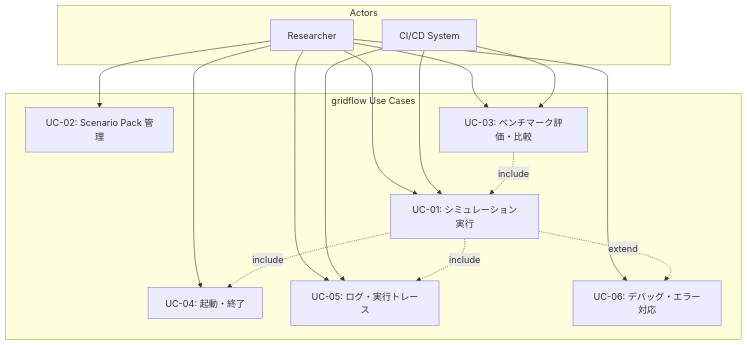
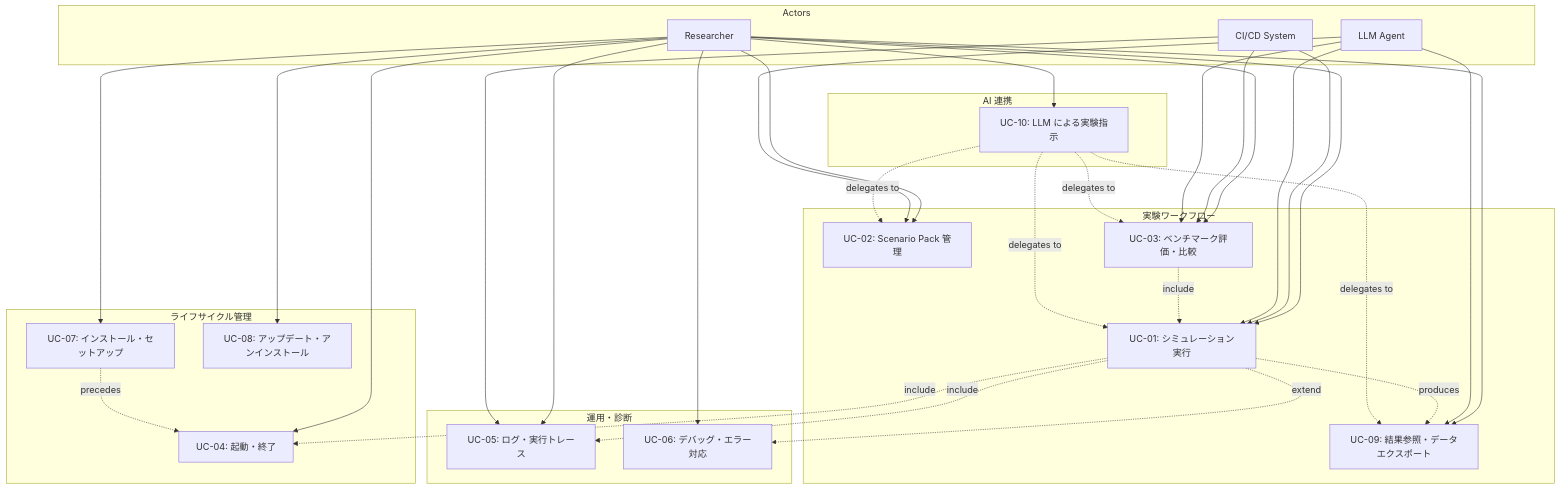
One commit to bottlenome/gridflow changed the first of 4 diagrams in docs/architecture/04_dynamic_view.md. Above: the diagram before and after it, drawn with Mermaid. The commit also changed other lines of this file and 1 other file, not shown here.

First line of the commit message:
docs: add UC-07~UC-10 (install, update, results, LLM experiment)

````diff
--- a/docs/architecture/04_dynamic_view.md
+++ b/docs/architecture/04_dynamic_view.md
@@ -19,32 +20,61 @@
 ```mermaid
 graph TB
     subgraph Actors
         R[Researcher]
         CI[CI/CD System]
+        LLM[LLM Agent]
     end
 
-    subgraph "gridflow Use Cases"
+    subgraph "ライフサイクル管理"
+        UC07[UC-07: インストール・セットアップ]
+        UC08[UC-08: アップデート・アンインストール]
+        UC04[UC-04: 起動・終了]
+    end
+
+    subgraph "実験ワークフロー"
+        UC02[UC-02: Scenario Pack 管理]
         UC01[UC-01: シミュレーション実行]
-        UC02[UC-02: Scenario Pack 管理]
+        UC09[UC-09: 結果参照・データエクスポート]
         UC03[UC-03: ベンチマーク評価・比較]
-        UC04[UC-04: 起動・終了]
+    end
+
+    subgraph "運用・診断"
         UC05[UC-05: ログ・実行トレース]
         UC06[UC-06: デバッグ・エラー対応]
     end
 
+    subgraph "AI 連携"
+        UC10[UC-10: LLM による実験指示]
+    end
+
+    R --> UC07
+    R --> UC08
+    R --> UC04
+    R --> UC02
     R --> UC01
-    R --> UC02
+    R --> UC09
     R --> UC03
-    R --> UC04
     R --> UC05
     R --> UC06
+    R --> UC10
 
     CI --> UC01
     CI --> UC03
     CI --> UC05
 
+    LLM --> UC01
+    LLM --> UC02
+    LLM --> UC03
+    LLM --> UC09
+
+    UC07 -.->|precedes| UC04
     UC01 -.->|include| UC04
     UC01 -.->|include| UC05
     UC01 -.->|extend| UC06
+    UC01 -.->|produces| UC09
     UC03 -.->|include| UC01
+    UC10 -.->|delegates to| UC02
+    UC10 -.->|delegates to| UC01
+    UC10 -.->|delegates to| UC03
+    UC10 -.->|delegates to| UC09
 ```
````
